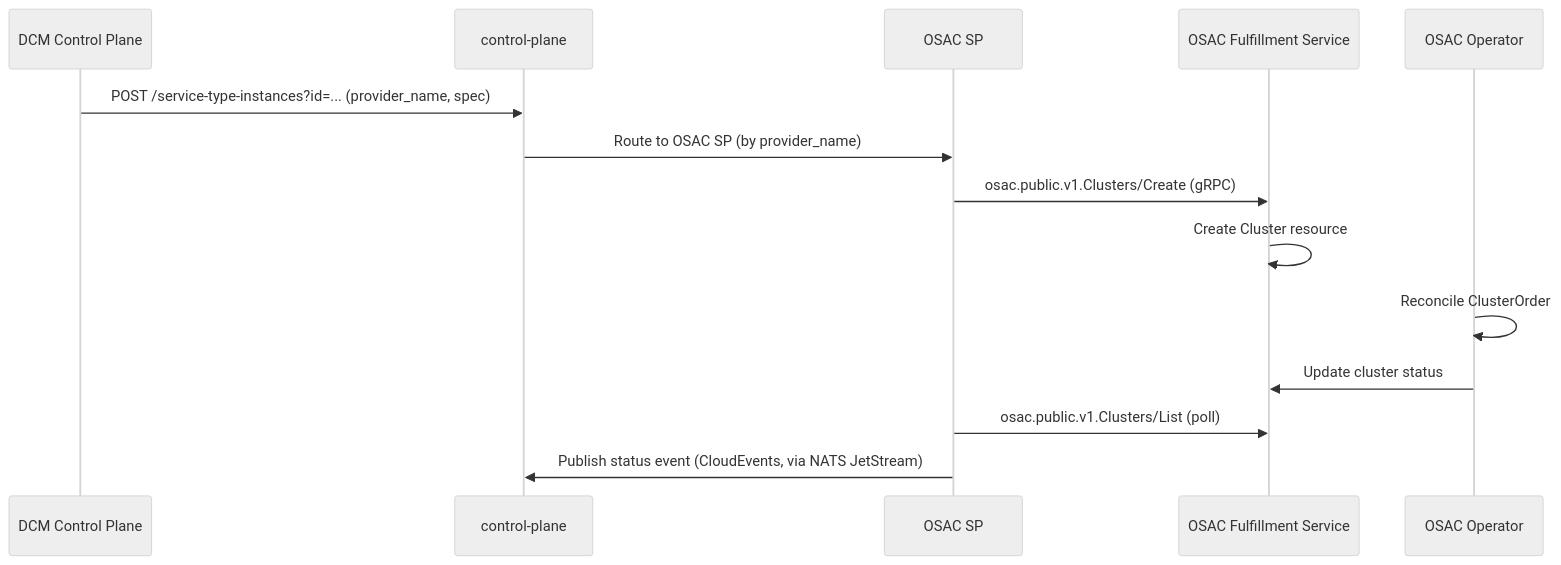
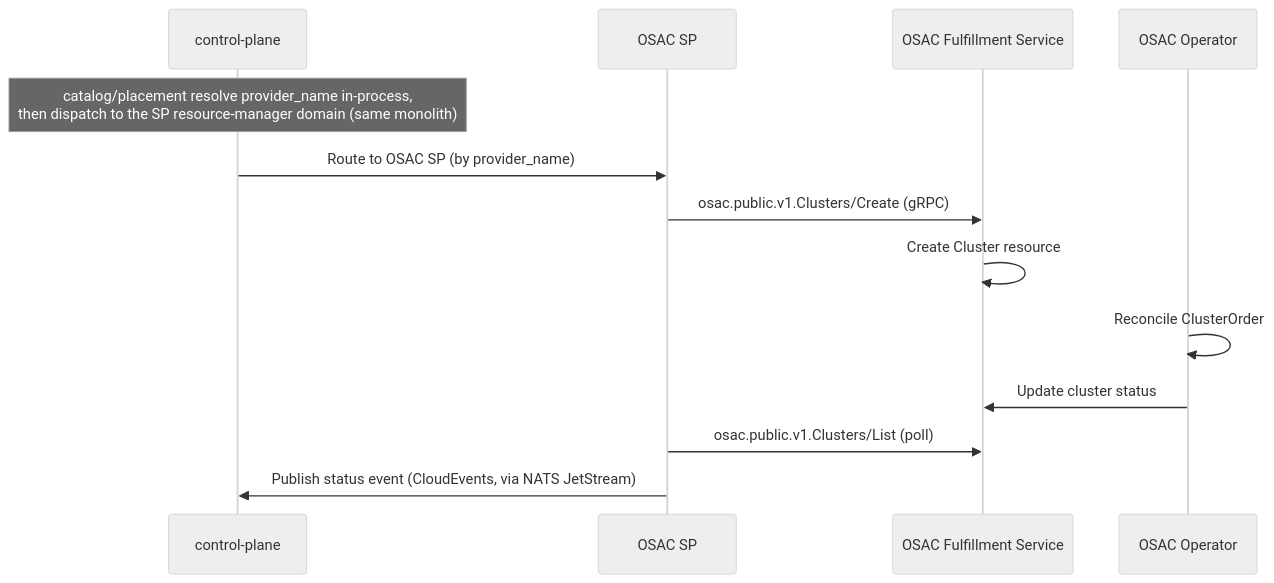
One commit to dcm-project/enhancements changed the second of 7 diagrams in enhancements/osac-sp/osac-sp.md. Above: the diagram before and after it, drawn with Mermaid (neutral theme). The commit also changed other lines of this file, not shown here.

````diff
--- a/enhancements/osac-sp/osac-sp.md
+++ b/enhancements/osac-sp/osac-sp.md
@@ -294,17 +323,16 @@
 ```mermaid
 sequenceDiagram
-    participant DCM as DCM Control Plane
     participant CP as control-plane
     participant SP as OSAC SP
     participant FS as OSAC Fulfillment Service
     participant OP as OSAC Operator
 
-    DCM->>CP: POST /service-type-instances?id=... (provider_name, spec)
+    Note over CP: catalog/placement resolve provider_name in-process,<br/>then dispatch to the SP resource-manager domain (same monolith)
     CP->>SP: Route to OSAC SP (by provider_name)
     SP->>FS: osac.public.v1.Clusters/Create (gRPC)
     FS->>FS: Create Cluster resource
     OP->>OP: Reconcile ClusterOrder
     OP->>FS: Update cluster status
     SP->>FS: osac.public.v1.Clusters/List (poll)
     SP->>CP: Publish status event (CloudEvents, via NATS JetStream)
 ```
````
